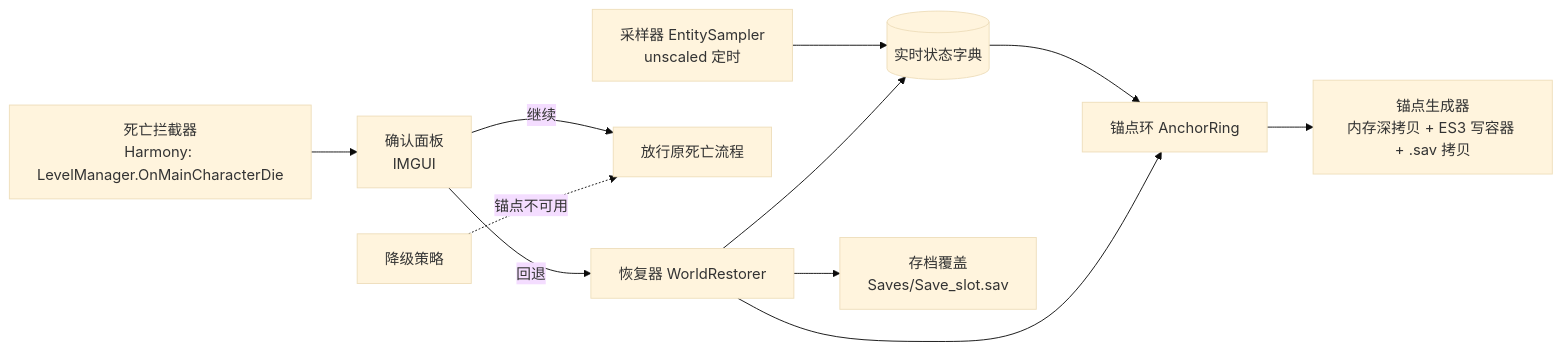
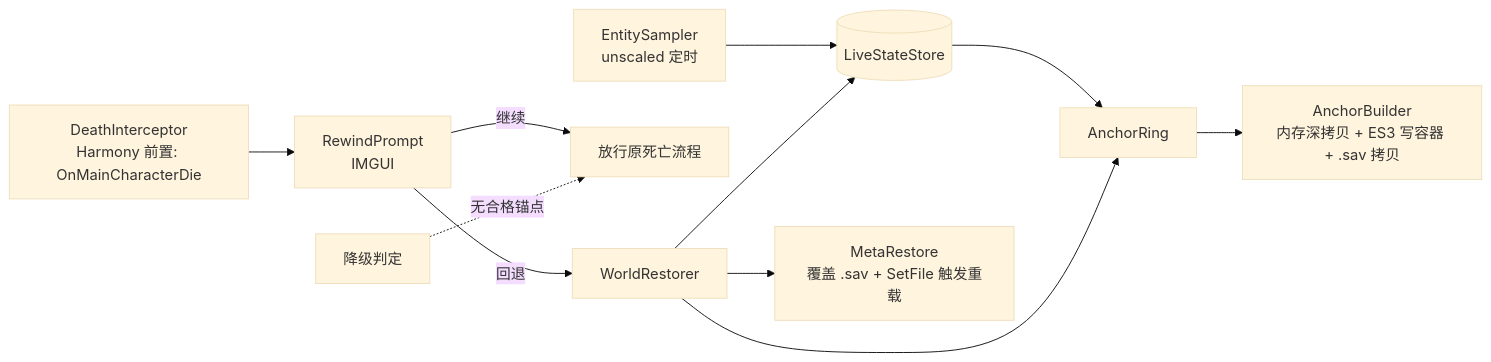
One commit to GadgetSheng/duckov-mod-death-rewind changed the diagram in docs/superpowers/specs/2026-10-20-death-rewind-design.md. Above: the diagram before and after it, drawn with Mermaid (base theme). The commit also changed other lines of this file, not shown here.

````diff
--- a/docs/superpowers/specs/2026-10-20-death-rewind-design.md
+++ b/docs/superpowers/specs/2026-10-20-death-rewind-design.md
@@ -55,13 +64,13 @@
 ```mermaid
 flowchart LR
-  D[死亡拦截器<br/>Harmony: LevelManager.OnMainCharacterDie] --> U[确认面板<br/>IMGUI]
-  U -->|回退| R[恢复器 WorldRestorer]
+  D[DeathInterceptor<br/>Harmony 前置: OnMainCharacterDie] --> U[RewindPrompt<br/>IMGUI]
+  U -->|回退| R[WorldRestorer]
   U -->|继续| P[放行原死亡流程]
-  S[采样器 EntitySampler<br/>unscaled 定时] --> W[(实时状态字典)]
-  W --> A[锚点环 AnchorRing]
-  A --> F[锚点生成器<br/>内存深拷贝 + ES3 写容器 + .sav 拷贝]
+  S[EntitySampler<br/>unscaled 定时] --> W[(LiveStateStore)]
+  W --> A[AnchorRing]
+  A --> B[AnchorBuilder<br/>内存深拷贝 + ES3 写容器 + .sav 拷贝]
   R --> A
   R --> W
-  R --> FS[存档覆盖<br/>Saves/Save_slot.sav]
-  C[降级策略] -.锚点不可用.-> P
+  R --> FS[MetaRestore<br/>覆盖 .sav + SetFile 触发重载]
+  C[降级判定] -.无合格锚点.-> P
 ```
````
